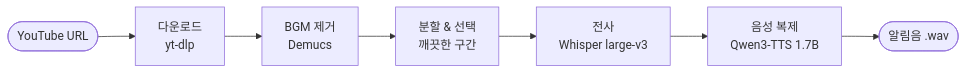
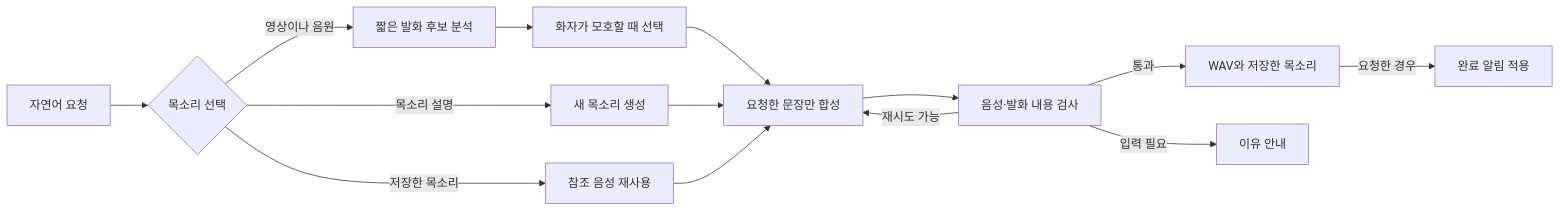
The diagram in README.ko.md (t1seo/voice-of-karina), drawn with Mermaid before and after one commit. The commit also changed other lines of this file and 116 other files, not shown here.

````diff
--- a/README.ko.md
+++ b/README.ko.md
@@ -49,9 +51,16 @@
 ```mermaid
 flowchart LR
-    A([YouTube URL]) --> B[다운로드<br/>yt-dlp]
-    B --> C[BGM 제거<br/>Demucs]
-    C --> D[분할 &amp; 선택<br/>깨끗한 구간]
-    D --> E[전사<br/>Whisper large-v3]
-    E --> F[음성 복제<br/>Qwen3-TTS 1.7B]
-    F --> G([알림음 .wav])
+    A[자연어 요청] --> B{목소리 선택}
+    B -->|영상이나 음원| C[짧은 발화 후보 분석]
+    C --> D[화자가 모호할 때 선택]
+    B -->|목소리 설명| E[새 목소리 생성]
+    B -->|저장한 목소리| F[참조 음성 재사용]
+    D --> G[요청한 문장만 합성]
+    E --> G
+    F --> G
+    G --> H[음성·발화 내용 검사]
+    H -->|통과| I[WAV와 저장한 목소리]
+    H -->|재시도 가능| G
+    H -->|입력 필요| J[이유 안내]
+    I -->|요청한 경우| K[완료 알림 적용]
 ```
````
